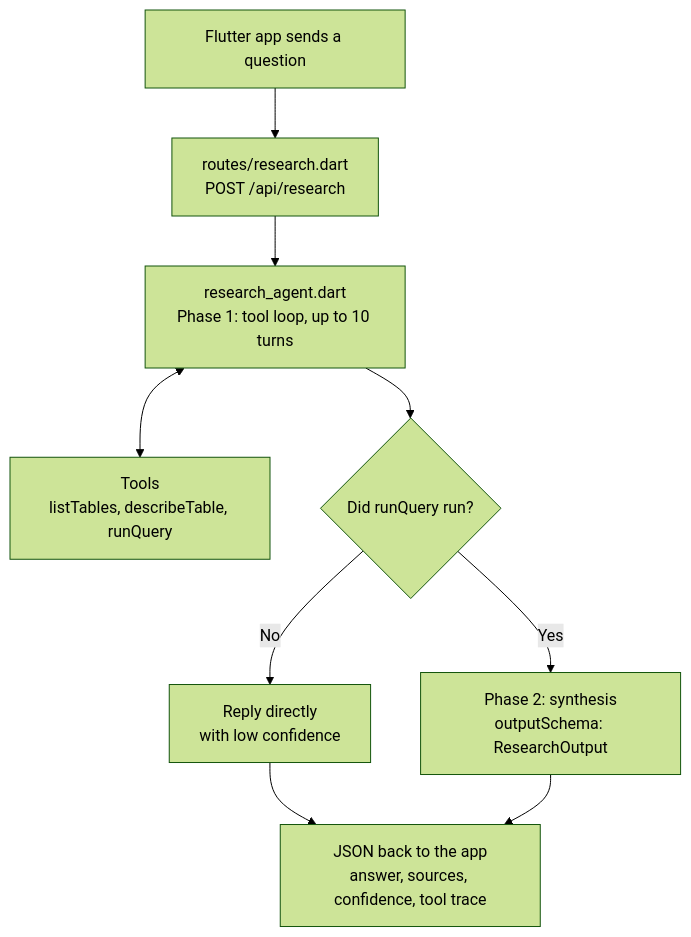
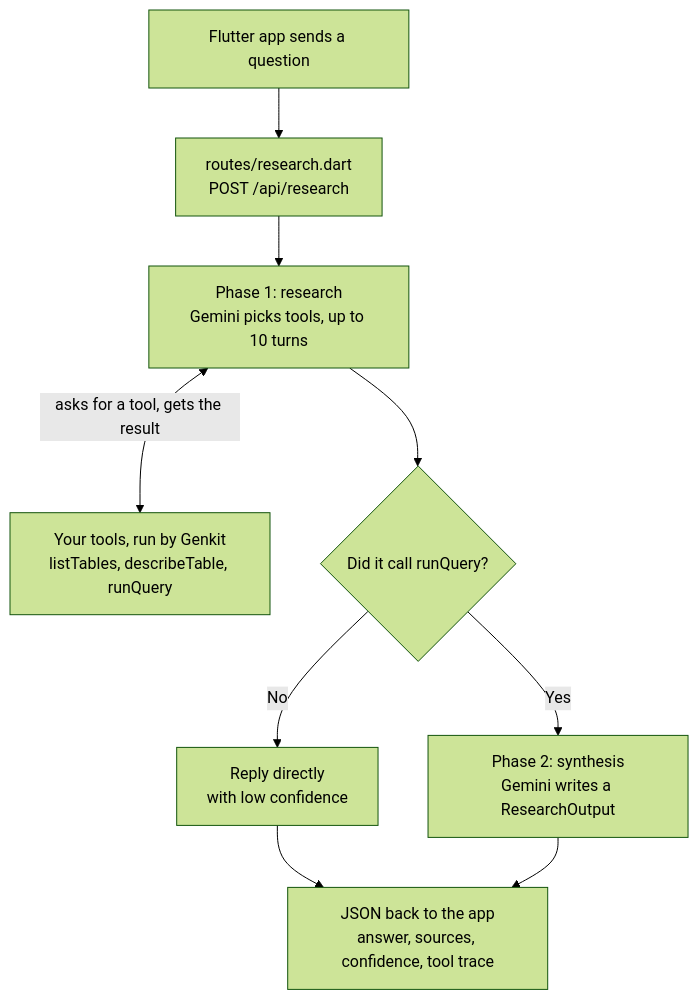
One commit to developerjamiu/bookstore-agent changed the diagram in CODELAB.md. Above: the diagram before and after it, drawn with Mermaid (forest theme). The commit also changed other lines of this file, not shown here.

Commit message:
docs(codelab): show Gemini in the flowchart and clarify schema descriptions
The flowchart now shows that Gemini picks the tools and Genkit runs them,
and asks 'Did it call runQuery?' as the code does. Step 1 explains that
Gemini reads every description, so learners write them as instructions.

````diff
--- a/CODELAB.md
+++ b/CODELAB.md
@@ -114,11 +114,11 @@
 ```mermaid
 flowchart TD
     Q["Flutter app sends a question"] --> R["routes/research.dart<br/>POST /api/research"]
-    R --> P1["research_agent.dart<br/>Phase 1: tool loop, up to 10 turns"]
-    P1 <--> T["Tools<br/>listTables, describeTable, runQuery"]
-    P1 --> D{"Did runQuery run?"}
+    R --> P1["Phase 1: research<br/>Gemini picks tools, up to 10 turns"]
+    P1 <-->|"asks for a tool, gets the result"| T["Your tools, run by Genkit<br/>listTables, describeTable, runQuery"]
+    P1 --> D{"Did it call runQuery?"}
     D -- No --> L["Reply directly<br/>with low confidence"]
-    D -- Yes --> P2["Phase 2: synthesis<br/>outputSchema: ResearchOutput"]
+    D -- Yes --> P2["Phase 2: synthesis<br/>Gemini writes a ResearchOutput"]
     L --> A["JSON back to the app<br/>answer, sources, confidence, tool trace"]
     P2 --> A
 ```
````
